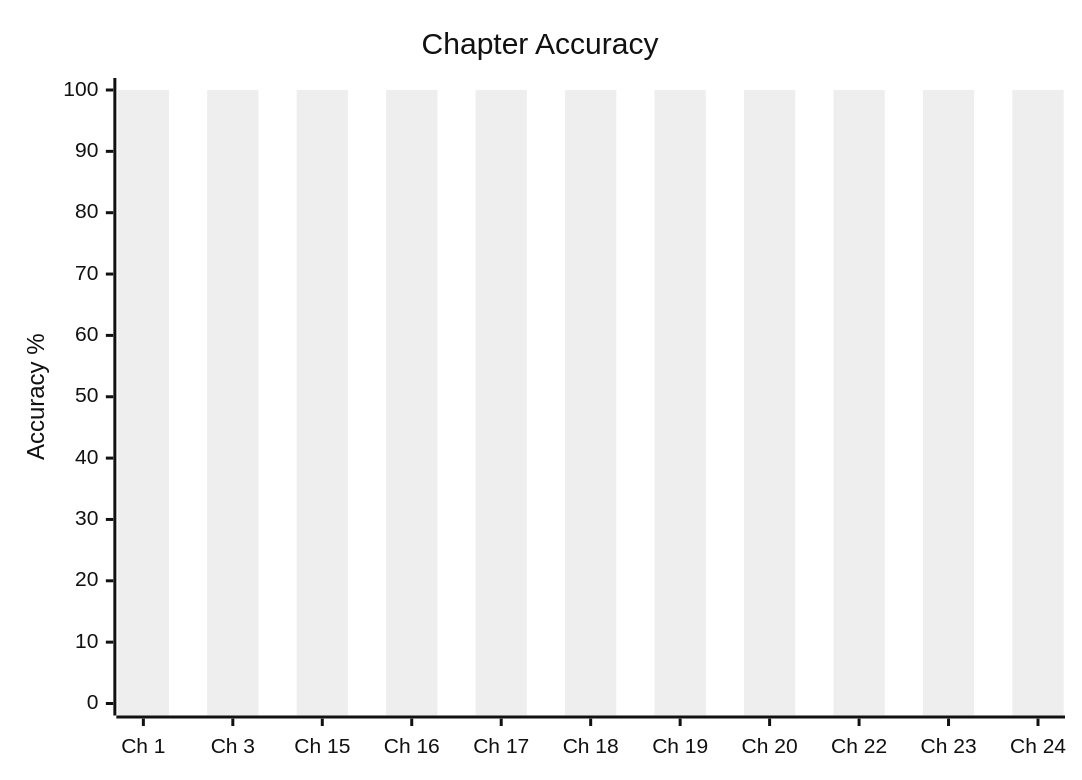
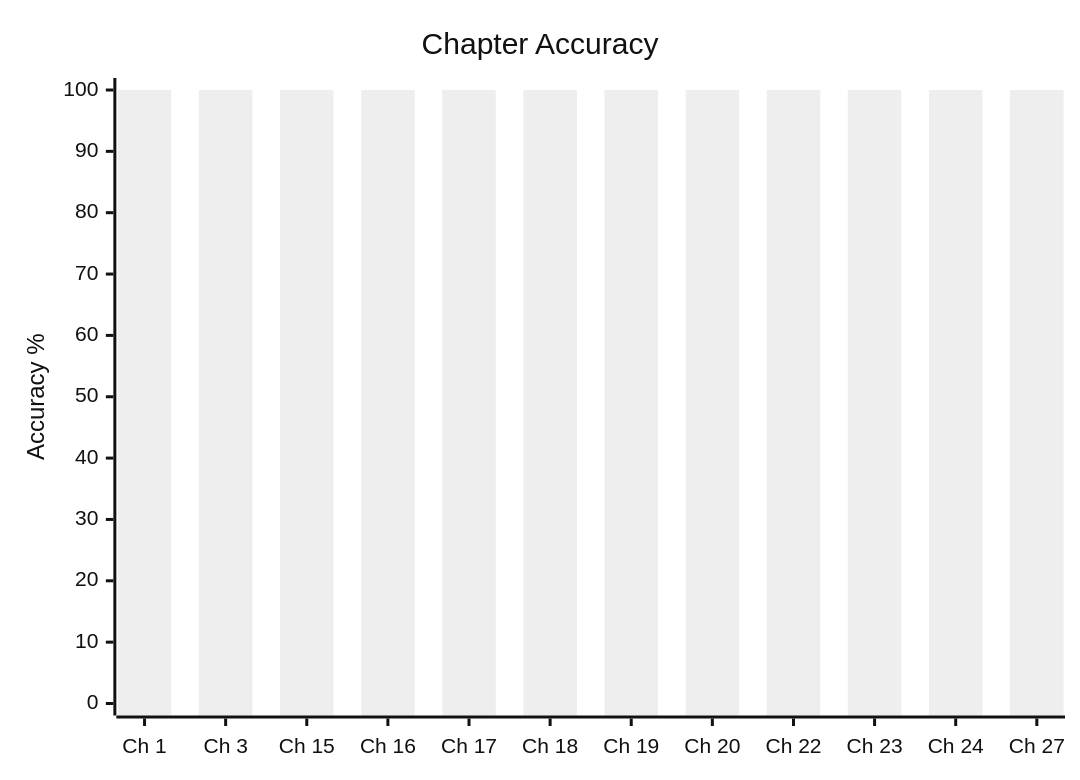
One commit to skc-coder/SAGE changed the first of 2 diagrams in content/cds/math/math_overview.md. Above: the diagram before and after it, drawn with Mermaid (neutral theme). The commit also changed other lines of this file and 6 other files, not shown here.

````diff
--- a/content/cds/math/math_overview.md
+++ b/content/cds/math/math_overview.md
@@ -32,7 +34,7 @@
 ```mermaid
 xychart-beta
     title "Chapter Accuracy"
-    x-axis ["Ch 1", "Ch 3", "Ch 15", "Ch 16", "Ch 17", "Ch 18", "Ch 19", "Ch 20", "Ch 22", "Ch 23", "Ch 24"]
+    x-axis ["Ch 1", "Ch 3", "Ch 15", "Ch 16", "Ch 17", "Ch 18", "Ch 19", "Ch 20", "Ch 22", "Ch 23", "Ch 24", "Ch 27"]
     y-axis "Accuracy %" 0 --> 100
-    bar [100, 100, 100, 100, 100, 100, 100, 100, 100, 100, 100]
+    bar [100, 100, 100, 100, 100, 100, 100, 100, 100, 100, 100, 100]
 ```
````
